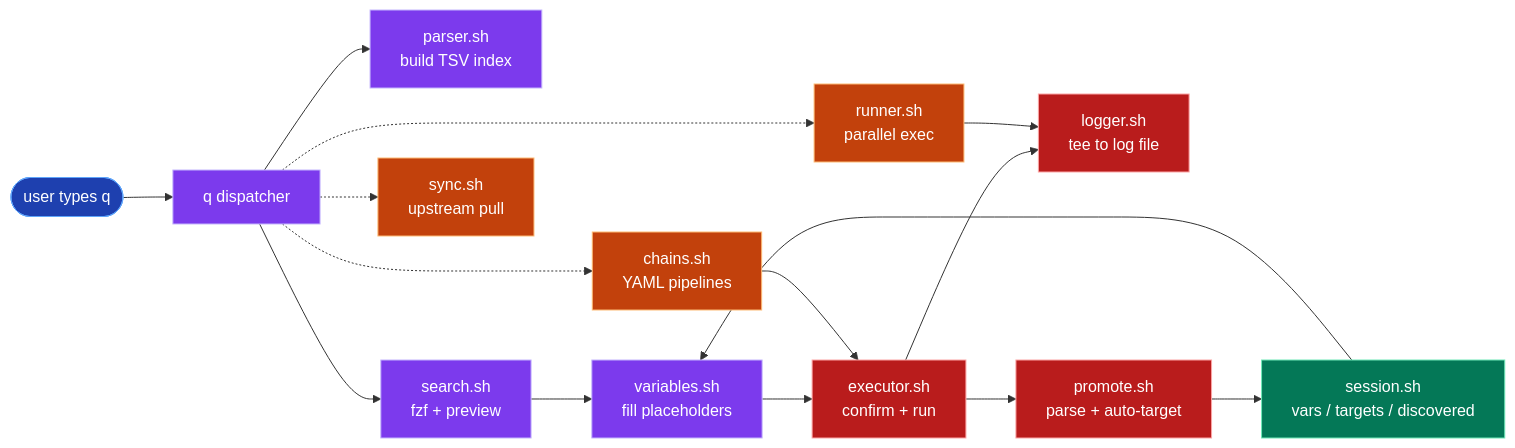
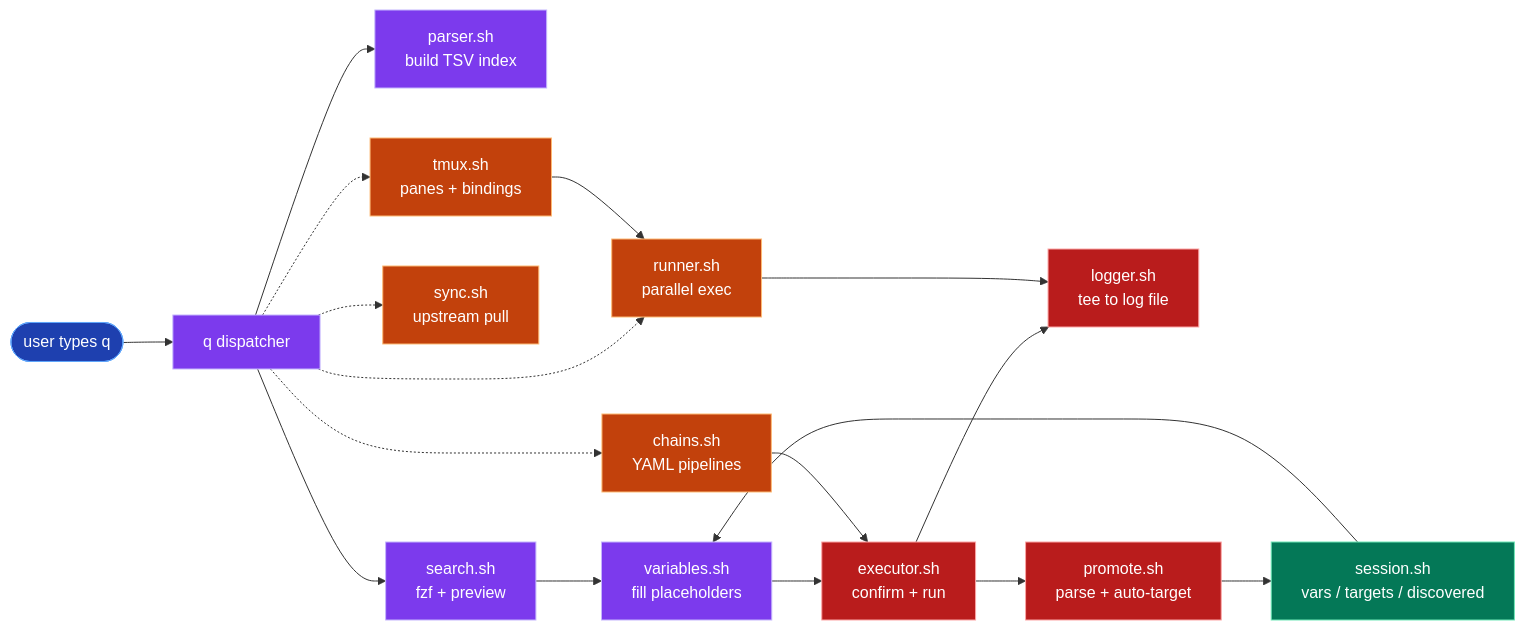
Before and after one commit to 0xDTC/0xq: the first of 4 diagrams in README.md, drawn with Mermaid. The commit also changed other lines of this file and 4 other files, not shown here.

First line of the commit message:
Add tmux integration: per-q-session tmux, panes, bindings (86 tests)

````diff
--- a/README.md
+++ b/README.md
@@ -28,29 +29,31 @@
 ```mermaid
 flowchart LR
     User([user types q]) --> Q[q dispatcher]
     Q --> Parser[parser.sh<br/>build TSV index]
     Q --> Search[search.sh<br/>fzf + preview]
     Search --> Vars[variables.sh<br/>fill placeholders]
     Vars --> Exec[executor.sh<br/>confirm + run]
     Exec --> Logger[logger.sh<br/>tee to log file]
     Exec --> Promote[promote.sh<br/>parse + auto-target]
     Promote --> Session[session.sh<br/>vars / targets / discovered]
     Session --> Vars
     Q -.-> Chain[chains.sh<br/>YAML pipelines]
     Q -.-> Runner[runner.sh<br/>parallel exec]
     Q -.-> Sync[sync.sh<br/>upstream pull]
+    Q -.-> Tmux[tmux.sh<br/>panes + bindings]
     Chain --> Exec
     Runner --> Logger
+    Tmux --> Runner
 
     classDef entry fill:#1e40af,stroke:#60a5fa,color:#fff
     classDef core fill:#7c3aed,stroke:#c4b5fd,color:#fff
     classDef exec fill:#b91c1c,stroke:#fca5a5,color:#fff
     classDef data fill:#047857,stroke:#6ee7b7,color:#fff
     classDef ext fill:#c2410c,stroke:#fdba74,color:#fff
 
     class User entry
     class Q,Parser,Search,Vars core
     class Exec,Logger,Promote exec
     class Session data
-    class Chain,Runner,Sync ext
+    class Chain,Runner,Sync,Tmux ext
 ```
````
